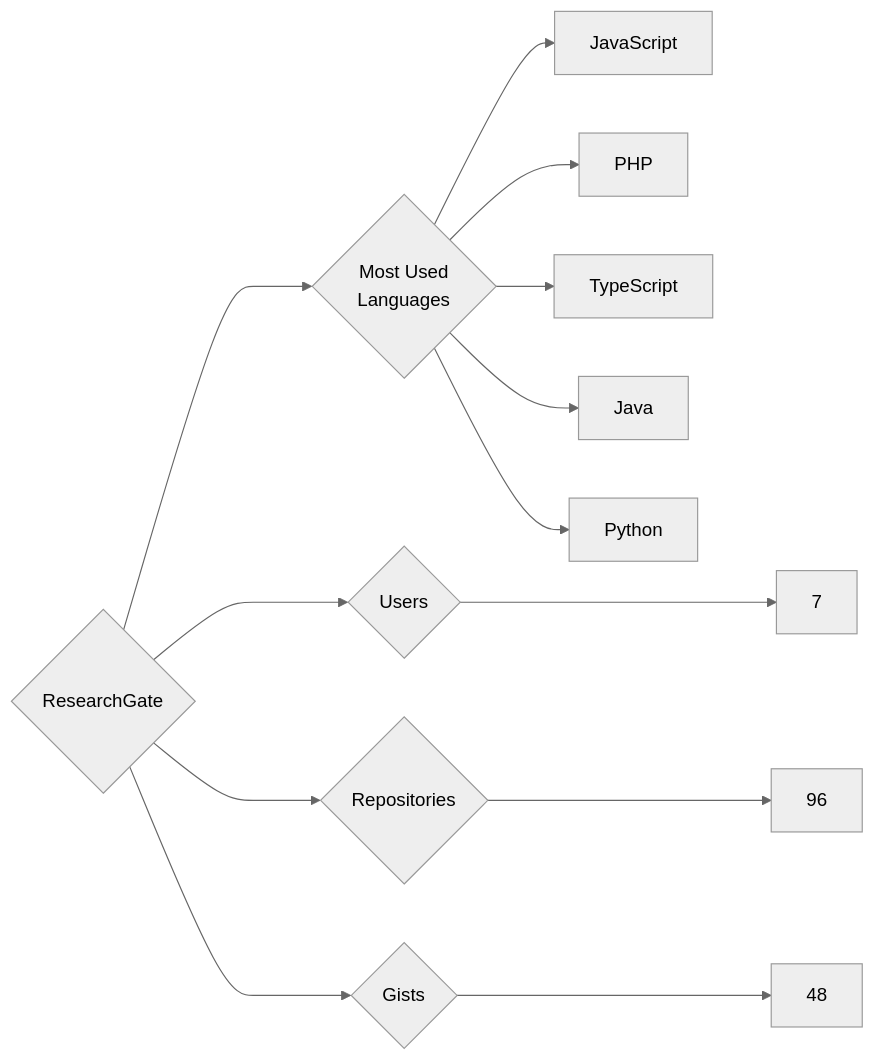
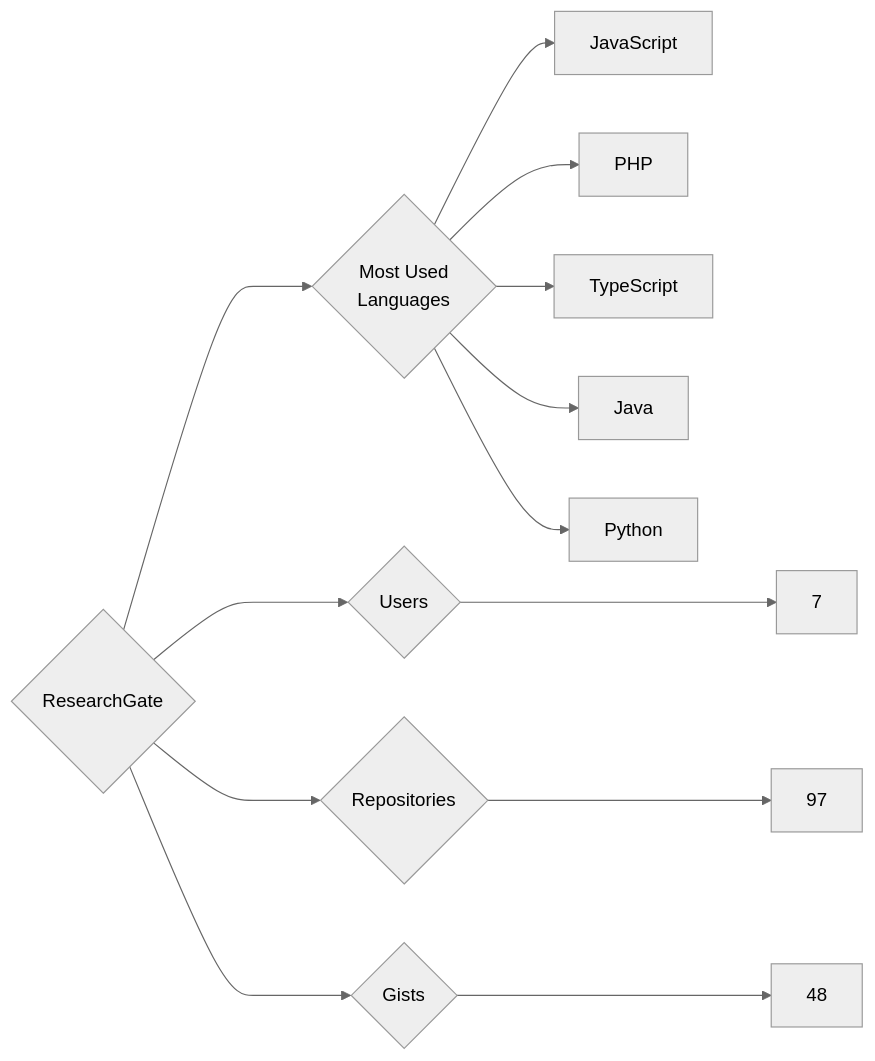
One commit to trickest/insiders changed the diagram in targets/ResearchGate/README.md. Above: the diagram before and after it, drawn with Mermaid (neutral theme). The commit also changed 948 other files, not shown here.

````diff
--- a/targets/ResearchGate/README.md
+++ b/targets/ResearchGate/README.md
@@ -3,13 +3,13 @@
 ```mermaid
 graph LR
 COMPANY_NAME{ResearchGate}
 COMPANY_NAME ---> U{Users} ---> UN[7]
-COMPANY_NAME ---> R{Repositories} ---> RN[96]
+COMPANY_NAME ---> R{Repositories} ---> RN[97]
 COMPANY_NAME ---> G{Gists} ---> GN[48]
 COMPANY_NAME ---> ML{Most Used<br>Languages}
 ML --> JavaScript[JavaScript]
 ML --> PHP[PHP]
 ML --> TypeScript[TypeScript]
 ML --> Java[Java]
 ML --> Python[Python]
 ```
````
